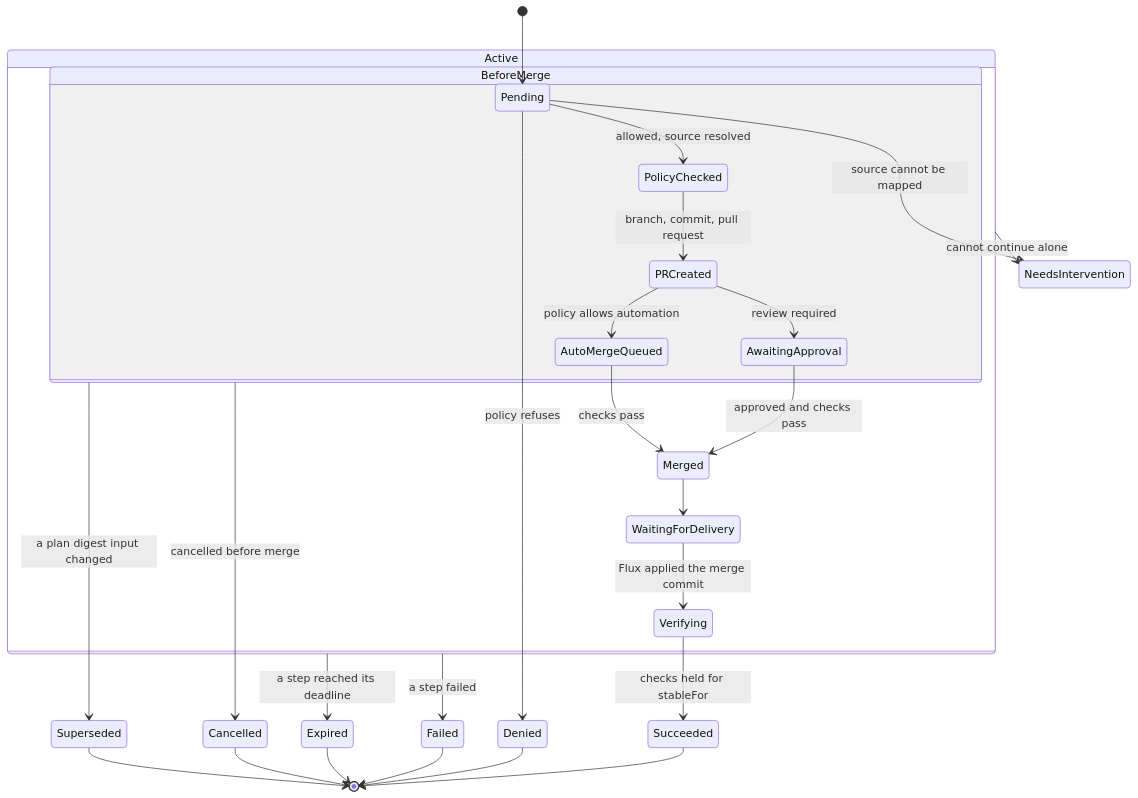
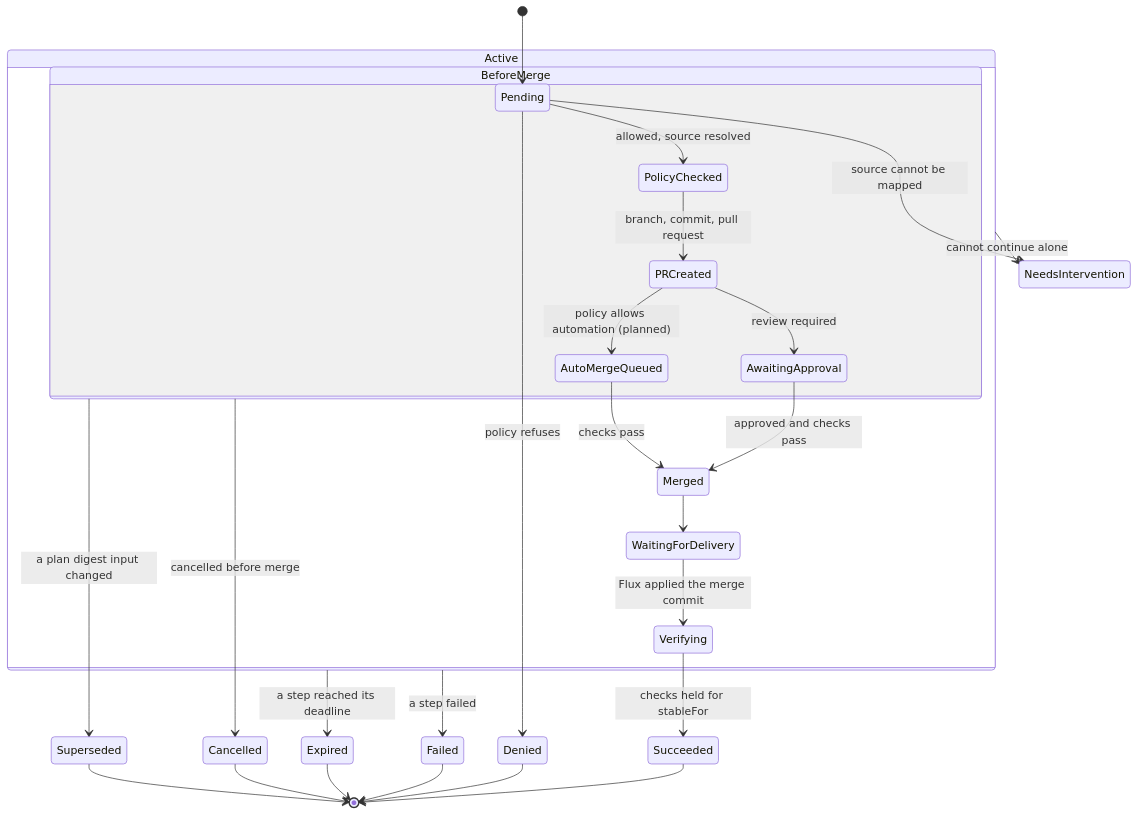
One commit to pkalin/shadewright changed the third of 5 diagrams in docs/design.md. Above: the diagram before and after it, drawn with Mermaid. The commit also changed other lines of this file and 12 other files, not shown here.

````diff
--- a/docs/design.md
+++ b/docs/design.md
@@ -358,30 +358,30 @@
 ```mermaid
 stateDiagram-v2
     [*] --> Pending
     state Active {
         state BeforeMerge {
             Pending --> PolicyChecked: allowed, source resolved
             PolicyChecked --> PRCreated: branch, commit, pull request
             PRCreated --> AwaitingApproval: review required
-            PRCreated --> AutoMergeQueued: policy allows automation
+            PRCreated --> AutoMergeQueued: policy allows automation (planned)
             AwaitingApproval --> Merged: approved and checks pass
             AutoMergeQueued --> Merged: checks pass
         }
         Merged --> WaitingForDelivery
         WaitingForDelivery --> Verifying: Flux applied the merge commit
     }
     Pending --> Denied: policy refuses
     Pending --> NeedsIntervention: source cannot be mapped
     Verifying --> Succeeded: checks held for stableFor
     BeforeMerge --> Cancelled: cancelled before merge
     BeforeMerge --> Superseded: a plan digest input changed
     Active --> Expired: a step reached its deadline
     Active --> Failed: a step failed
     Active --> NeedsIntervention: cannot continue alone
     Succeeded --> [*]
     Denied --> [*]
     Failed --> [*]
     Expired --> [*]
     Cancelled --> [*]
     Superseded --> [*]
 ```
````
